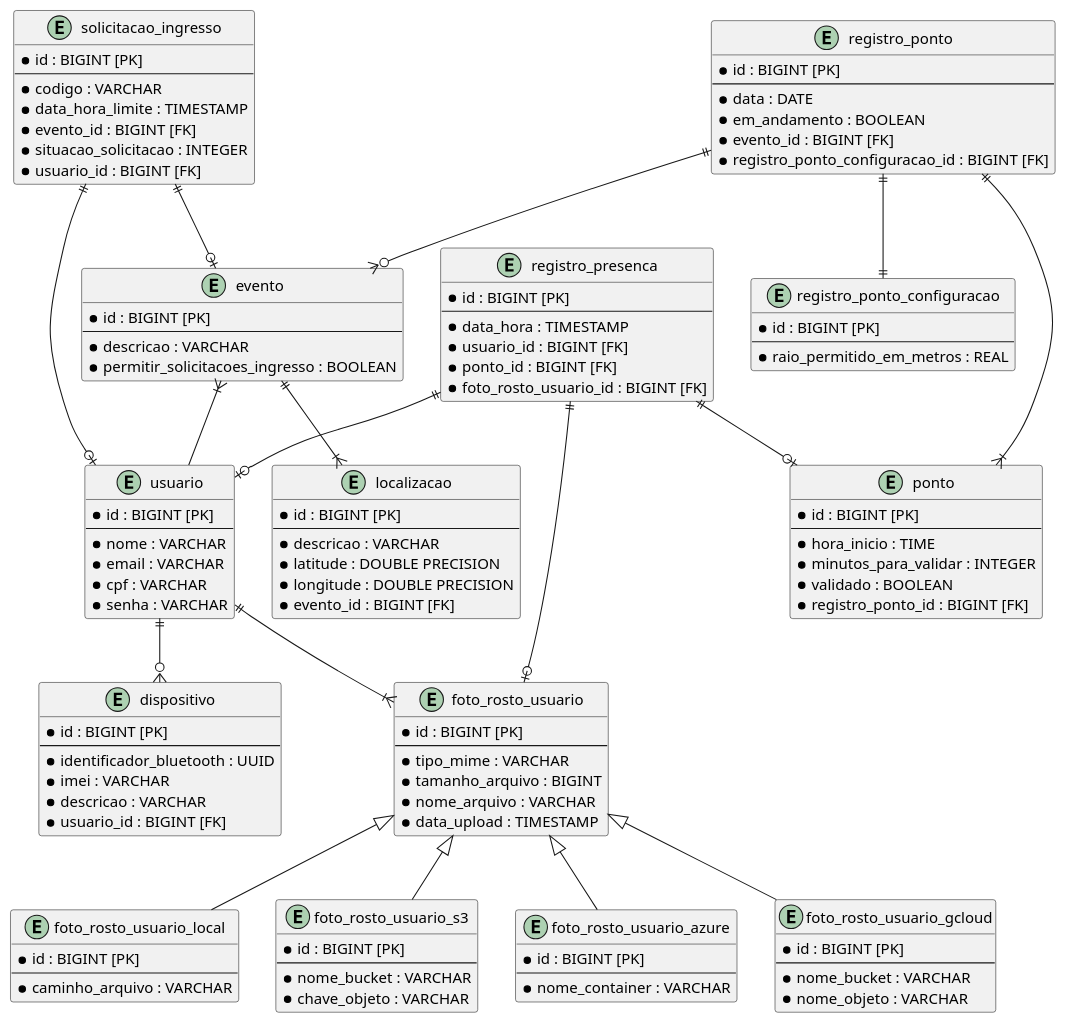
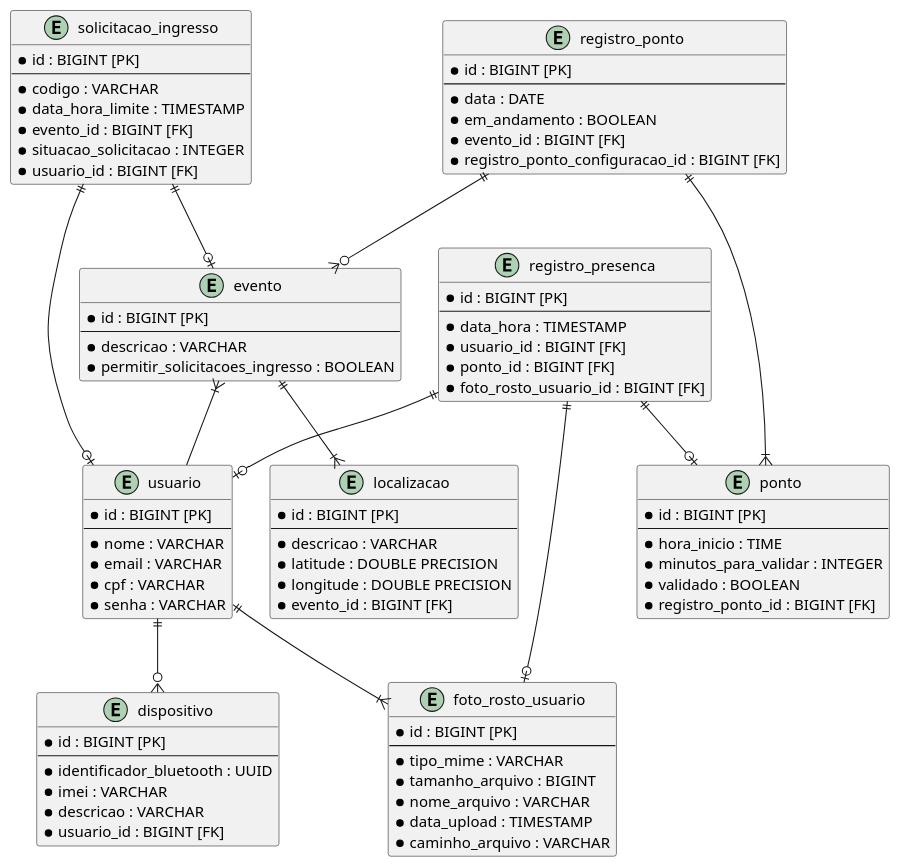
The diagram in backend/er.plantuml (luan-coelho/faceverify), drawn with PlantUML before and after one commit. The commit also changed 1 other file, not shown here.

```diff
--- a/backend/er.plantuml
+++ b/backend/er.plantuml
@@ -1,137 +1,100 @@
 @startuml
 
 entity usuario {
     * id : BIGINT [PK]
     --
     * nome : VARCHAR
     * email : VARCHAR
     * cpf : VARCHAR
     * senha : VARCHAR
 }
 
 entity dispositivo {
     * id : BIGINT [PK]
     --
     * identificador_bluetooth : UUID
     * imei : VARCHAR
     * descricao : VARCHAR
     * usuario_id : BIGINT [FK]
 }
 
 entity foto_rosto_usuario {
     * id : BIGINT [PK]
     --
     * tipo_mime : VARCHAR
     * tamanho_arquivo : BIGINT
     * nome_arquivo : VARCHAR
     * data_upload : TIMESTAMP
-}
-
-entity foto_rosto_usuario_local {
-    * id : BIGINT [PK]
-    --
     * caminho_arquivo : VARCHAR
-}
-
-entity foto_rosto_usuario_s3 {
-    * id : BIGINT [PK]
-    --
-    * nome_bucket : VARCHAR
-    * chave_objeto : VARCHAR
-}
-
-entity foto_rosto_usuario_azure {
-    * id : BIGINT [PK]
-    --
-    * nome_container : VARCHAR
-}
-
-entity foto_rosto_usuario_gcloud {
-    * id : BIGINT [PK]
-    --
-    * nome_bucket : VARCHAR
-    * nome_objeto : VARCHAR
 }
 
 entity evento {
     * id : BIGINT [PK]
     --
     * descricao : VARCHAR
     * permitir_solicitacoes_ingresso : BOOLEAN
 }
 
 entity solicitacao_ingresso {
     * id : BIGINT [PK]
     --
     * codigo : VARCHAR
     * data_hora_limite : TIMESTAMP
     * evento_id : BIGINT [FK]
     * situacao_solicitacao : INTEGER
     * usuario_id : BIGINT [FK]
 }
 
 entity localizacao {
     * id : BIGINT [PK]
     --
     * descricao : VARCHAR
     * latitude : DOUBLE PRECISION
     * longitude : DOUBLE PRECISION
     * evento_id : BIGINT [FK]
 }
 
 entity registro_ponto {
     * id : BIGINT [PK]
     --
     * data : DATE
     * em_andamento : BOOLEAN
     * evento_id : BIGINT [FK]
     * registro_ponto_configuracao_id : BIGINT [FK]
 }
 
 entity ponto {
     * id : BIGINT [PK]
     --
     * hora_inicio : TIME
     * minutos_para_validar : INTEGER
     * validado : BOOLEAN
     * registro_ponto_id : BIGINT [FK]
 }
 
 entity registro_presenca {
     * id : BIGINT [PK]
     --
     * data_hora : TIMESTAMP
     * usuario_id : BIGINT [FK]
     * ponto_id : BIGINT [FK]
     * foto_rosto_usuario_id : BIGINT [FK]
 }
 
-entity registro_ponto_configuracao {
-    * id : BIGINT [PK]
-    --
-    * raio_permitido_em_metros : REAL
-}
-
 registro_ponto ||--o{ evento
-registro_ponto ||--|| registro_ponto_configuracao
 registro_ponto ||--|{ ponto
 
 evento ||--|{ localizacao
 evento }|-- usuario
 
 solicitacao_ingresso ||--o| evento
 solicitacao_ingresso ||--o| usuario
 
 registro_presenca ||--o| usuario
 registro_presenca ||--o| ponto
 registro_presenca ||--o| foto_rosto_usuario
 
 usuario ||--o{ dispositivo
 usuario ||--|{ foto_rosto_usuario
 
-foto_rosto_usuario <|-- foto_rosto_usuario_local
-foto_rosto_usuario <|-- foto_rosto_usuario_s3
-foto_rosto_usuario <|-- foto_rosto_usuario_azure
-foto_rosto_usuario <|-- foto_rosto_usuario_gcloud
-
 @enduml
```
